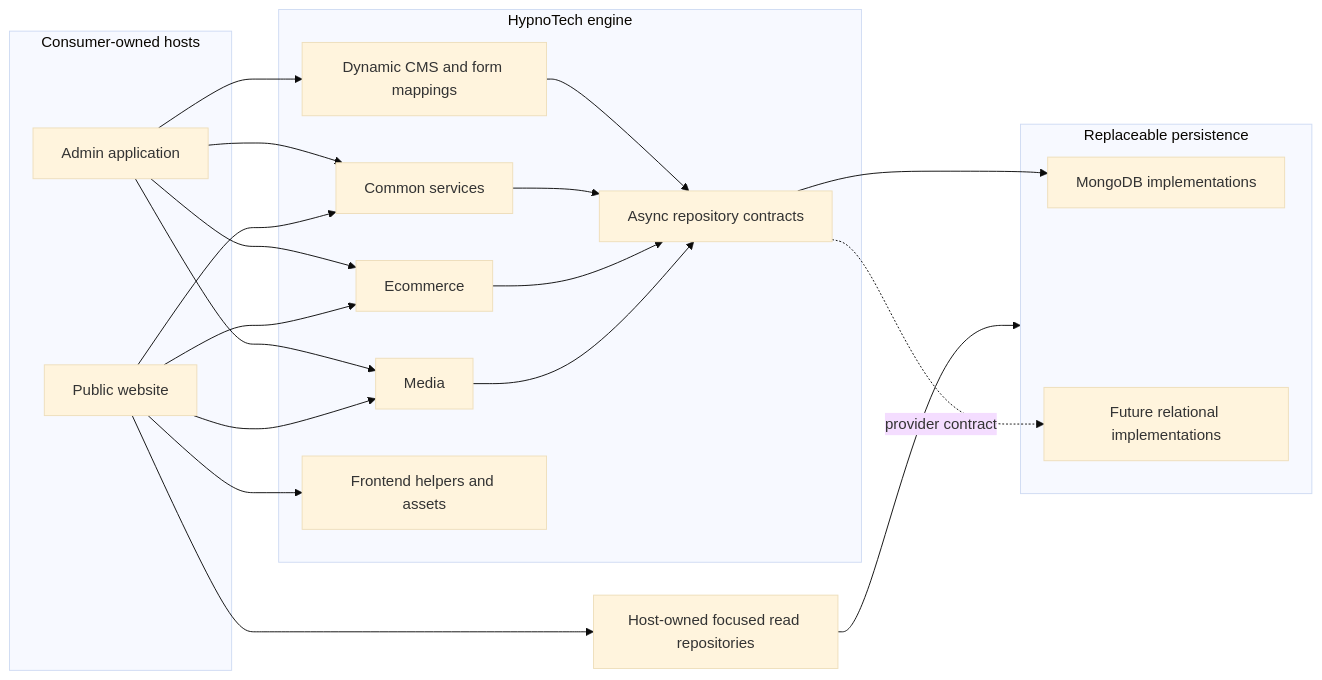
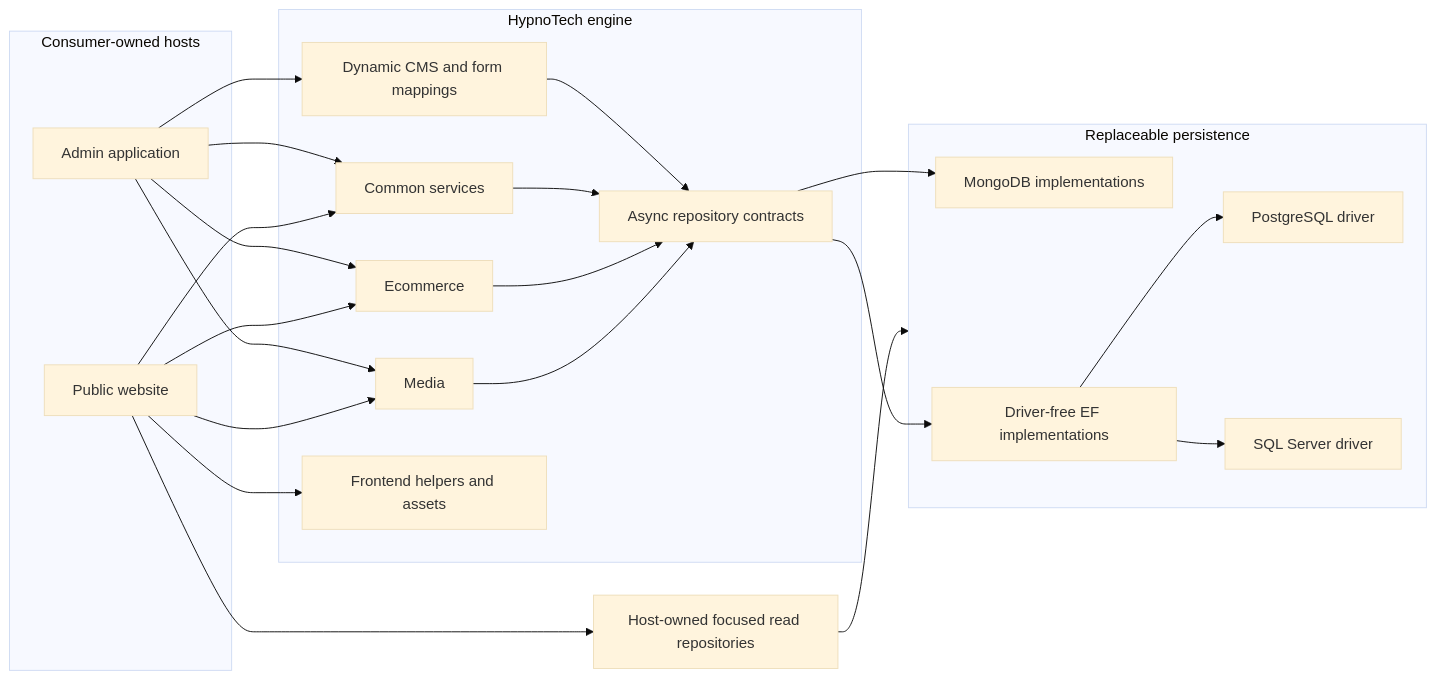
Before and after one commit to camelofcode/HypnoTech: the diagram in docs/architecture.md, drawn with Mermaid (base theme). The commit also changed other lines of this file and 57 other files, not shown here.

Commit message:
Add EF Core PostgreSQL and SQL Server persistence

````diff
--- a/docs/architecture.md
+++ b/docs/architecture.md
@@ -9,38 +9,42 @@
 ```mermaid
 flowchart LR
     subgraph Hosts[Consumer-owned hosts]
         Admin[Admin application]
         Website[Public website]
     end
 
     subgraph Engine[HypnoTech engine]
         CMS[Dynamic CMS and form mappings]
         Common[Common services]
         Ecommerce[Ecommerce]
         Media[Media]
         Frontend[Frontend helpers and assets]
         Contracts[Async repository contracts]
     end
 
     subgraph Persistence[Replaceable persistence]
         Mongo[MongoDB implementations]
-        Future[Future relational implementations]
+        EF[Driver-free EF implementations]
+        PostgreSQL[PostgreSQL driver]
+        SqlServer[SQL Server driver]
     end
 
     Admin --> CMS
     Admin --> Common
     Admin --> Ecommerce
     Admin --> Media
     Website --> Frontend
     Website --> Common
     Website --> Ecommerce
     Website --> Media
     Website --> Focused[Host-owned focused read repositories]
     CMS --> Contracts
     Common --> Contracts
     Ecommerce --> Contracts
     Media --> Contracts
     Focused --> Persistence
     Contracts --> Mongo
-    Contracts -. provider contract .-> Future
+    Contracts --> EF
+    EF --> PostgreSQL
+    EF --> SqlServer
 ```
````
